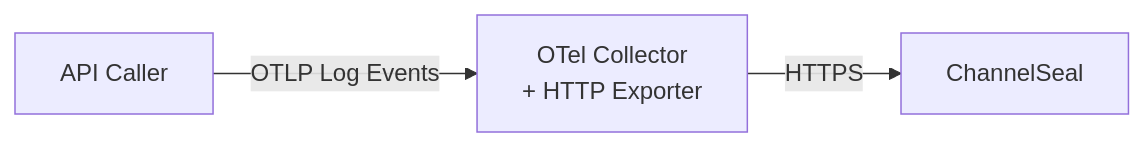
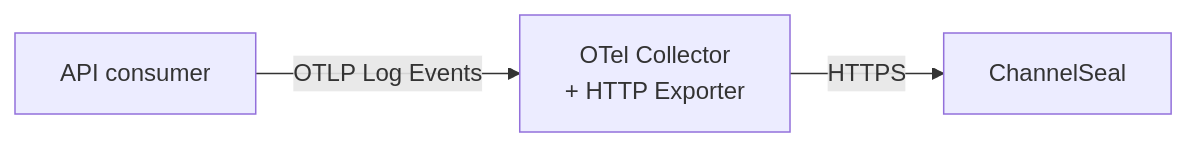
One commit to channelseal/integrations changed the fourth of 5 diagrams in otlp-collector/README.md. Above: the diagram before and after it, drawn with Mermaid. The commit also changed other lines of this file, not shown here.

Commit message:
Minor diagram changes for better explanation

````diff
--- a/otlp-collector/README.md
+++ b/otlp-collector/README.md
@@ -55,4 +65,4 @@
 ```mermaid
 graph LR
-    A[API Caller]-->|OTLP Log Events|C[OTel Collector <br>+ HTTP Exporter] -->|HTTPS|S[ChannelSeal]
+    A[API consumer]-->|OTLP Log Events|C[OTel Collector <br>+ HTTP Exporter] -->|HTTPS|S[ChannelSeal]
 ```
````
